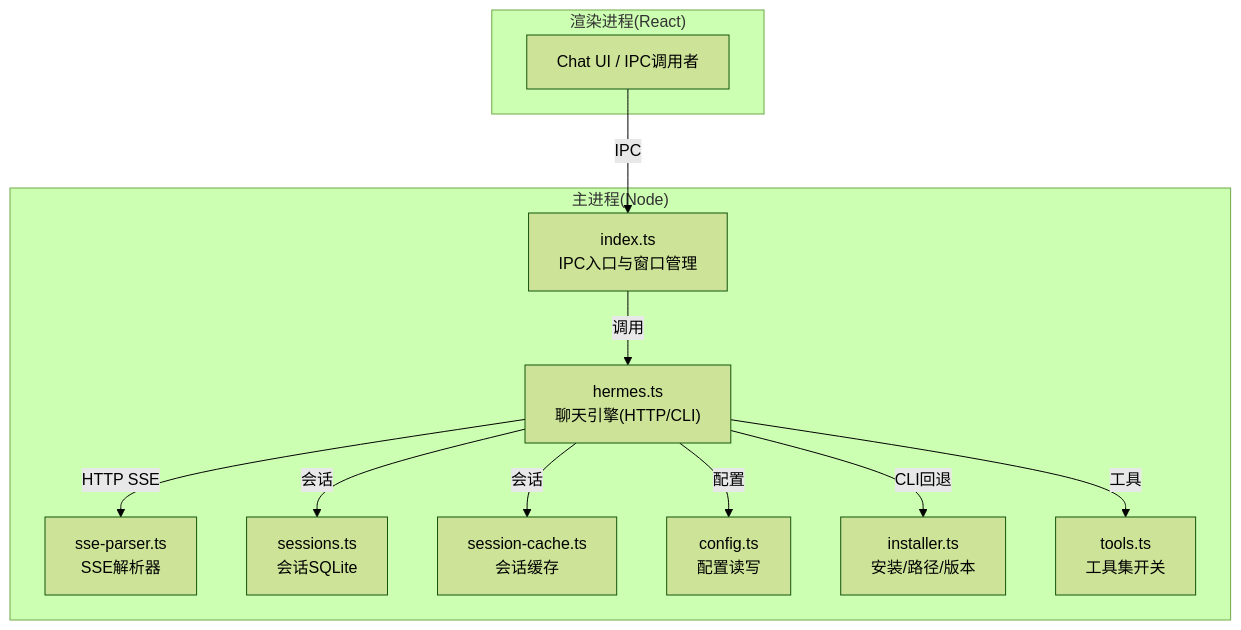
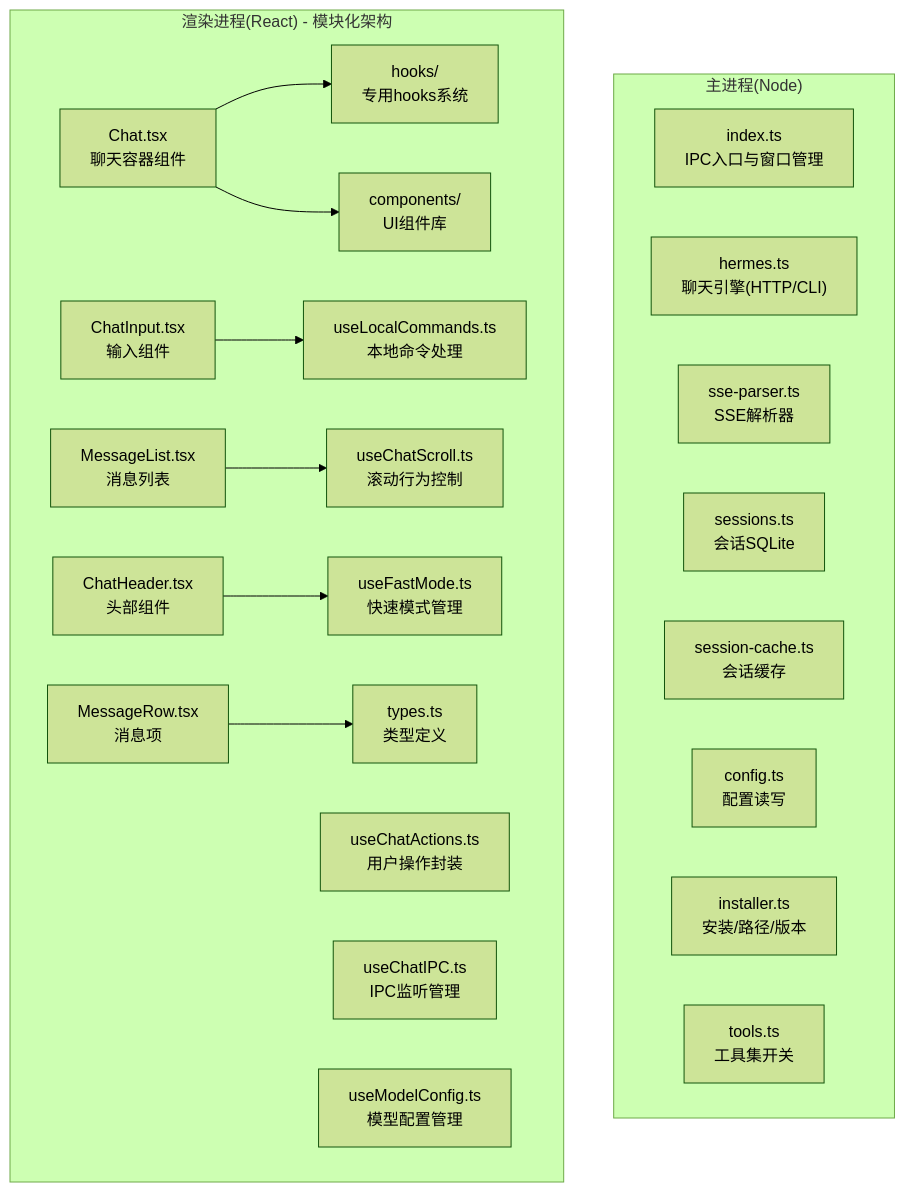
One commit to HDbright/hermes-desktop changed the first of 8 diagrams in .qoder/repowiki/zh/content/核心功能模块/聊天引擎.md. Above: the diagram before and after it, drawn with Mermaid (forest theme). The commit also changed other lines of this file and 15 other files, not shown here.

````diff
--- a/.qoder/repowiki/zh/content/核心功能模块/聊天引擎.md
+++ b/.qoder/repowiki/zh/content/核心功能模块/聊天引擎.md
@@ -42,24 +64,35 @@
 ```mermaid
 graph TB
 subgraph "主进程(Node)"
 A["index.ts<br/>IPC入口与窗口管理"]
 B["hermes.ts<br/>聊天引擎(HTTP/CLI)"]
 C["sse-parser.ts<br/>SSE解析器"]
 D["sessions.ts<br/>会话SQLite"]
 E["session-cache.ts<br/>会话缓存"]
 F["config.ts<br/>配置读写"]
 G["installer.ts<br/>安装/路径/版本"]
 H["tools.ts<br/>工具集开关"]
 end
-subgraph "渲染进程(React)"
-R["Chat UI / IPC调用者"]
+subgraph "渲染进程(React) - 模块化架构"
+I["Chat.tsx<br/>聊天容器组件"]
+J["hooks/<br/>专用hooks系统"]
+J1["useChatActions.ts<br/>用户操作封装"]
+J2["useChatIPC.ts<br/>IPC监听管理"]
+J3["useChatScroll.ts<br/>滚动行为控制"]
+J4["useFastMode.ts<br/>快速模式管理"]
+J5["useLocalCommands.ts<br/>本地命令处理"]
+J6["useModelConfig.ts<br/>模型配置管理"]
+K["components/<br/>UI组件库"]
+K1["ChatInput.tsx<br/>输入组件"]
+K2["MessageList.tsx<br/>消息列表"]
+K3["MessageRow.tsx<br/>消息项"]
+K4["ChatHeader.tsx<br/>头部组件"]
+L["types.ts<br/>类型定义"]
 end
-R --> |IPC| A
-A --> |调用| B
-B --> |HTTP SSE| C
-B --> |CLI回退| G
-B --> |会话| D
-B --> |会话| E
-B --> |配置| F
-B --> |工具| H
+I --> J
+I --> K
+K1 --> J5
+K2 --> J3
+K4 --> J4
+K3 --> L
 ```
````
